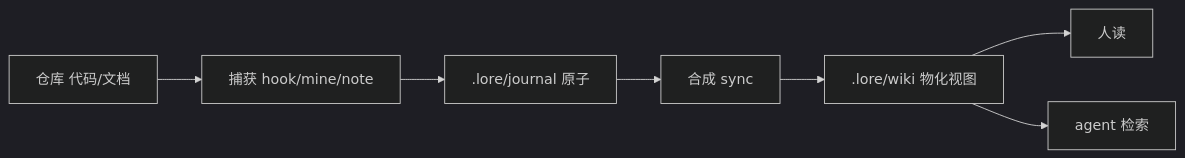
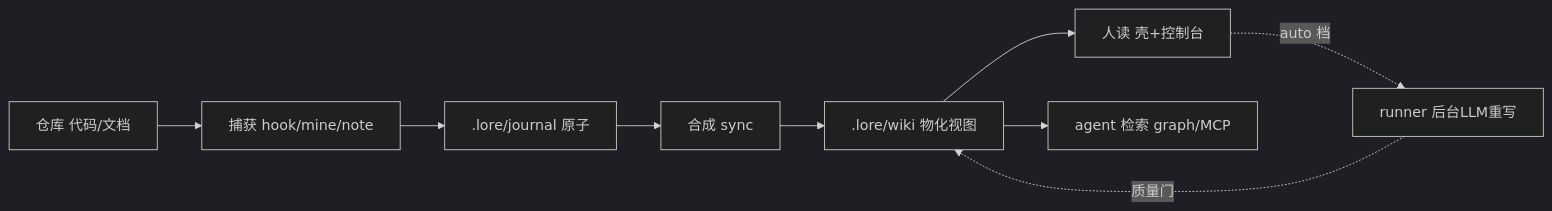
Before and after one commit to shenhuanageshei/lore: the diagram in .lore/wiki/HOME.md, drawn with Mermaid (dark theme). The commit also changed other lines of this file and 13 other files, not shown here.

First line of the commit message:
docs(wiki): /lore:sync — 7 stale pages rewritten to current architecture

````diff
--- a/.lore/wiki/HOME.md
+++ b/.lore/wiki/HOME.md
@@ -26,9 +26,11 @@
 ```mermaid
 flowchart LR
   repo["仓库 代码/文档"] --> capture["捕获 hook/mine/note"]
   capture --> journal[".lore/journal 原子"]
   journal --> sync["合成 sync"]
   sync --> wiki[".lore/wiki 物化视图"]
-  wiki --> human["人读"]
-  wiki --> agent["agent 检索"]
+  wiki --> human["人读 壳+控制台"]
+  wiki --> agent["agent 检索 graph/MCP"]
+  human -. "auto 档" .-> runner["runner 后台LLM重写"]
+  runner -. "质量门" .-> wiki
 ```
````
